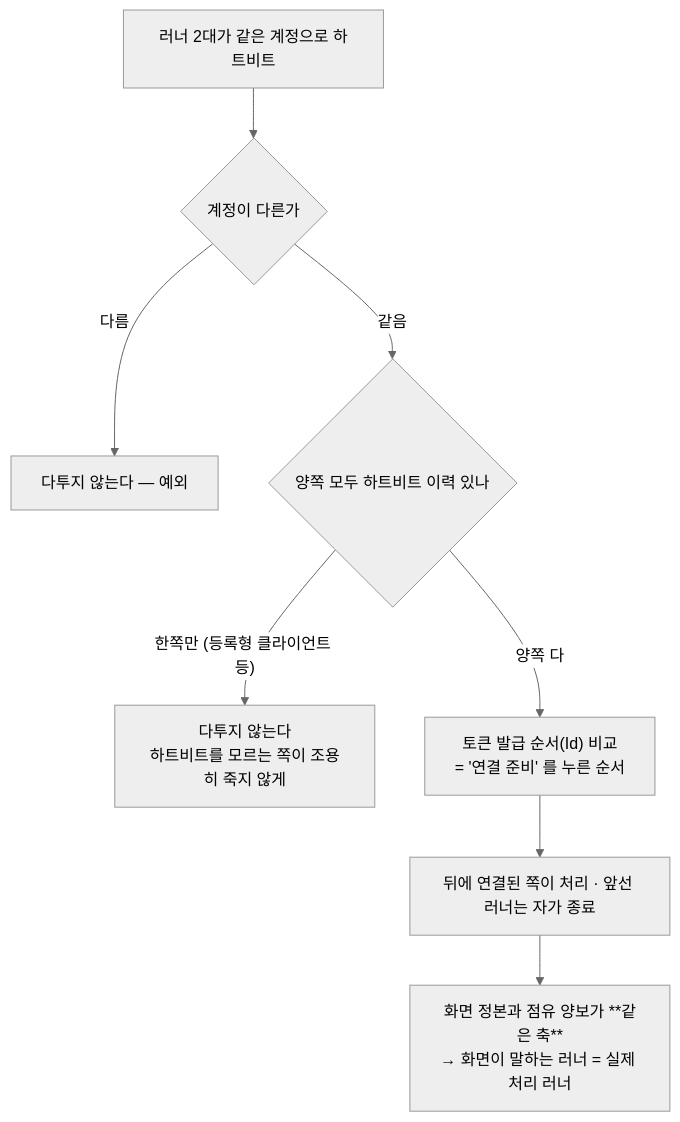
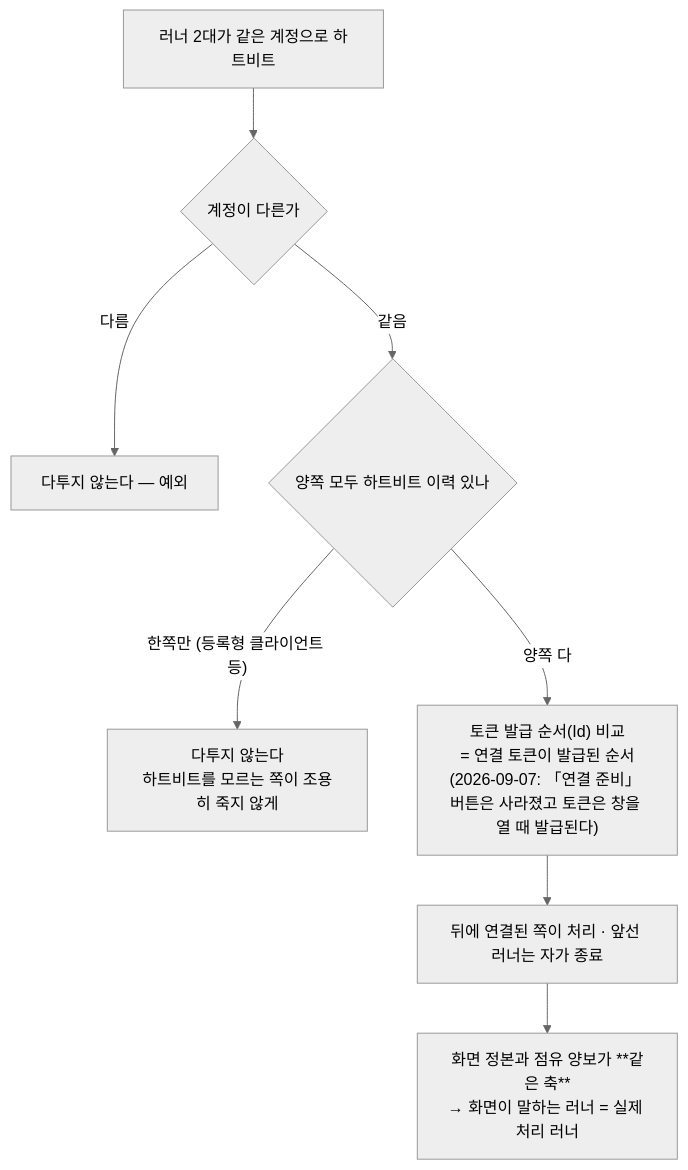
The sixth of 11 diagrams in wiki/Flows/External-AI-Bridge.md (msmckimgpt-tech/gstack_dba_ai_assistant), drawn with Mermaid (neutral theme) before and after one commit. The commit also changed other lines of this file and 21 other files, not shown here.

````diff
--- a/wiki/Flows/External-AI-Bridge.md
+++ b/wiki/Flows/External-AI-Bridge.md
@@ -214,10 +209,10 @@
 ```mermaid
 flowchart TD
     A["러너 2대가 같은 계정으로 하트비트"] --> B{"계정이 다른가"}
     B -->|다름| Z["다투지 않는다 — 예외"]
     B -->|같음| C{"양쪽 모두 하트비트 이력 있나"}
     C -->|"한쪽만 (등록형 클라이언트 등)"| Y["다투지 않는다<br/>하트비트를 모르는 쪽이 조용히 죽지 않게"]
-    C -->|양쪽 다| D["토큰 발급 순서(Id) 비교<br/>= '연결 준비' 를 누른 순서"]
+    C -->|양쪽 다| D["토큰 발급 순서(Id) 비교<br/>= 연결 토큰이 발급된 순서<br/>(2026-09-07: 「연결 준비」 버튼은 사라졌고 토큰은 창을 열 때 발급된다)"]
     D --> E["뒤에 연결된 쪽이 처리 · 앞선 러너는 자가 종료"]
     E --> F["화면 정본과 점유 양보가 **같은 축**<br/>→ 화면이 말하는 러너 = 실제 처리 러너"]
 ```
````
